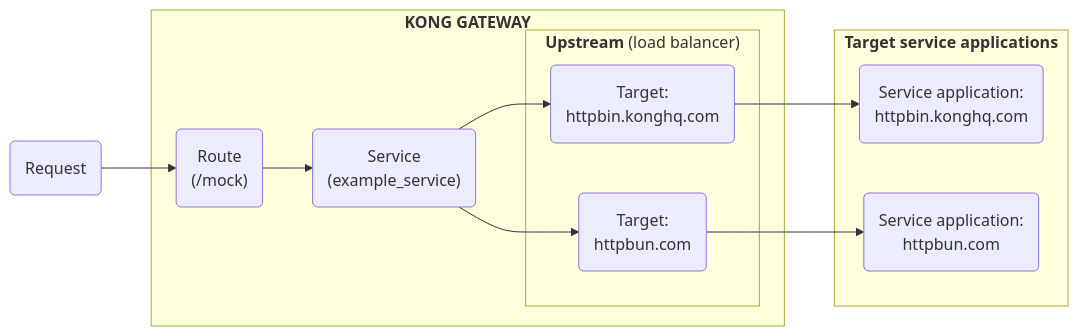
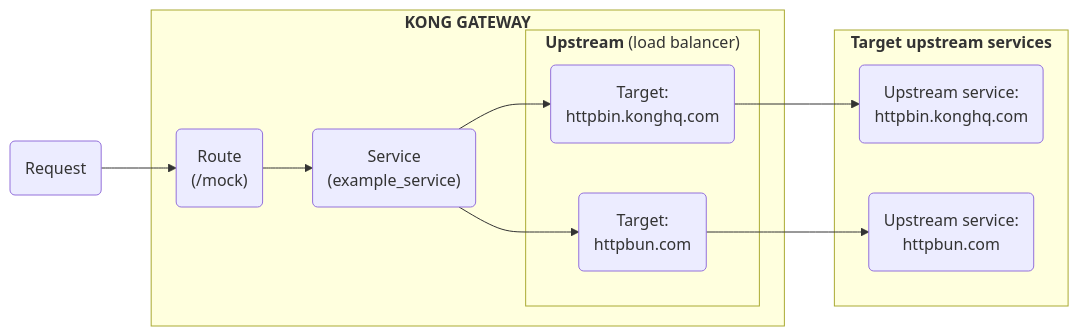
One commit to Kong/developer.konghq.com changed the diagram in app/_includes/entities/upstreams-targets-diagram.md. Above: the diagram before and after it, drawn with Mermaid. The commit also changed 88 other files, not shown here.

```diff
--- a/app/_includes/entities/upstreams-targets-diagram.md
+++ b/app/_includes/entities/upstreams-targets-diagram.md
@@ -3,35 +3,35 @@
 {% mermaid %}
 flowchart LR
 
   A("Request")
   B("`Route 
   (/mock)`")
   C("`Service
   (example_service)`")
   D("Target:
   httpbin.konghq.com")
   E("Target:
   httpbun.com")
-  F(Service application:
+  F(Upstream service:
   httpbin.konghq.com)
-  G(Service application:
+  G(Upstream service:
   httpbun.com)
 
   A --> B
   subgraph id1 ["`**KONG GATEWAY**`"]
     B --> C --> D & E
   subgraph id3 ["`**Upstream** (load balancer)`"]
   
     D & E
   end
 
   end
 
-  subgraph id2 ["`**Target service applications**`"]
+  subgraph id2 ["`**Target upstream services**`"]
     D --> F
     E --> G
 
   end
 
   style id2 stroke:none!important
 {% endmermaid %}
```
